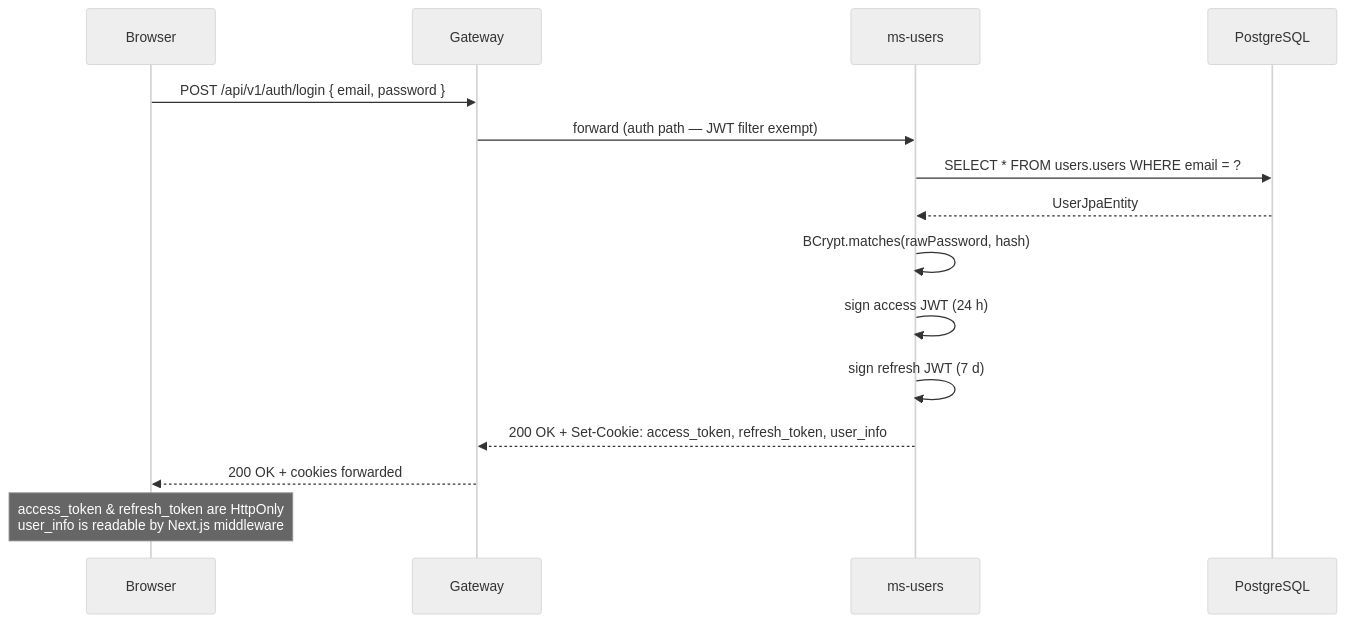
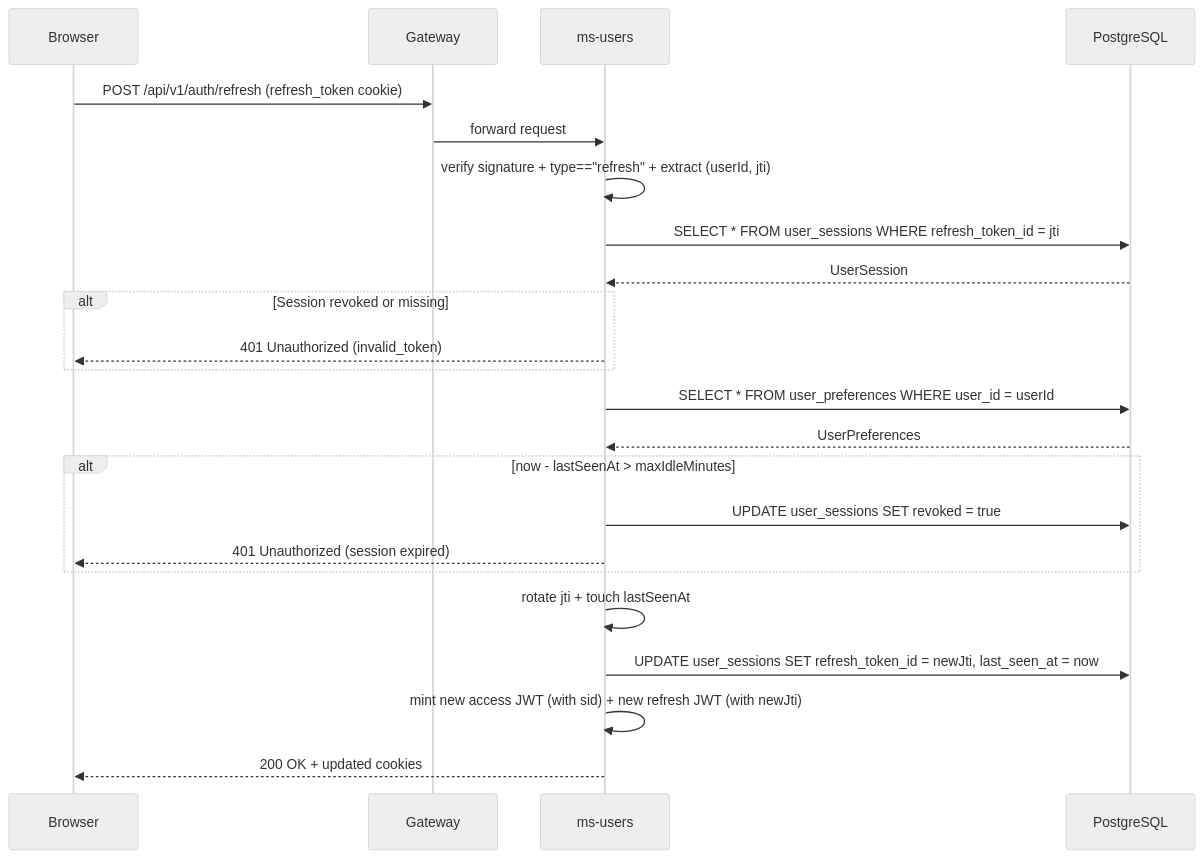
One commit to Sergio-Smirnoff/financial-app changed the second of 2 diagrams in docs/specs/services/ms-users.md. Above: the diagram before and after it, drawn with Mermaid (neutral theme). The commit also changed other lines of this file and 8 other files, not shown here.

````diff
--- a/docs/specs/services/ms-users.md
+++ b/docs/specs/services/ms-users.md
@@ -214,18 +264,26 @@
 ```mermaid
 sequenceDiagram
     participant Browser
     participant Gateway
     participant ms-users
     participant PostgreSQL
 
-    Browser->>Gateway: POST /api/v1/auth/login { email, password }
-    Gateway->>ms-users: forward (auth path — JWT filter exempt)
-    ms-users->>PostgreSQL: SELECT * FROM users.users WHERE email = ?
-    PostgreSQL-->>ms-users: UserJpaEntity
-    ms-users->>ms-users: BCrypt.matches(rawPassword, hash)
-    ms-users->>ms-users: sign access JWT (24 h)
-    ms-users->>ms-users: sign refresh JWT (7 d)
-    ms-users-->>Gateway: 200 OK + Set-Cookie: access_token, refresh_token, user_info
-    Gateway-->>Browser: 200 OK + cookies forwarded
-    Note over Browser: access_token & refresh_token are HttpOnly<br/>user_info is readable by Next.js middleware
+    Browser->>Gateway: POST /api/v1/auth/refresh (refresh_token cookie)
+    Gateway->>ms-users: forward request
+    ms-users->>ms-users: verify signature + type=="refresh" + extract (userId, jti)
+    ms-users->>PostgreSQL: SELECT * FROM user_sessions WHERE refresh_token_id = jti
+    PostgreSQL-->>ms-users: UserSession
+    alt Session revoked or missing
+        ms-users-->>Browser: 401 Unauthorized (invalid_token)
+    end
+    ms-users->>PostgreSQL: SELECT * FROM user_preferences WHERE user_id = userId
+    PostgreSQL-->>ms-users: UserPreferences
+    alt now - lastSeenAt > maxIdleMinutes
+        ms-users->>PostgreSQL: UPDATE user_sessions SET revoked = true
+        ms-users-->>Browser: 401 Unauthorized (session expired)
+    end
+    ms-users->>ms-users: rotate jti + touch lastSeenAt
+    ms-users->>PostgreSQL: UPDATE user_sessions SET refresh_token_id = newJti, last_seen_at = now
+    ms-users->>ms-users: mint new access JWT (with sid) + new refresh JWT (with newJti)
+    ms-users-->>Browser: 200 OK + updated cookies
 ```
````
